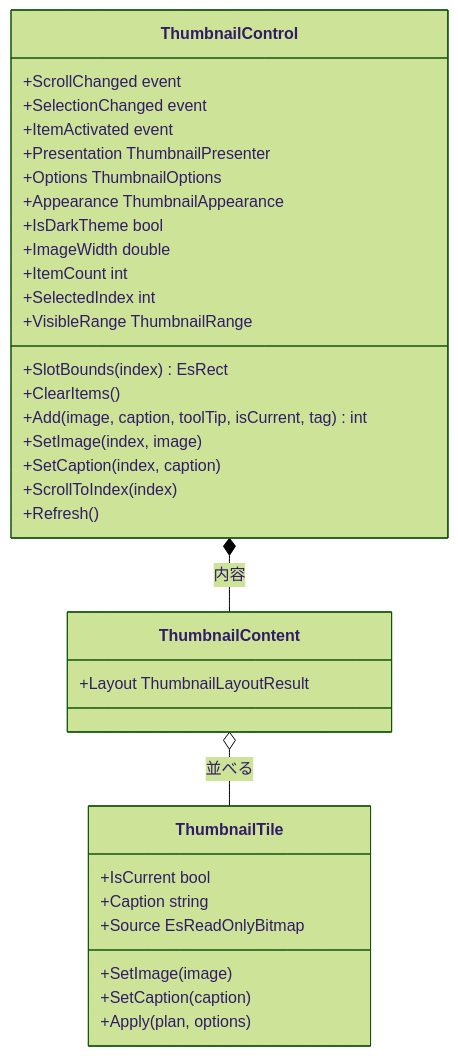
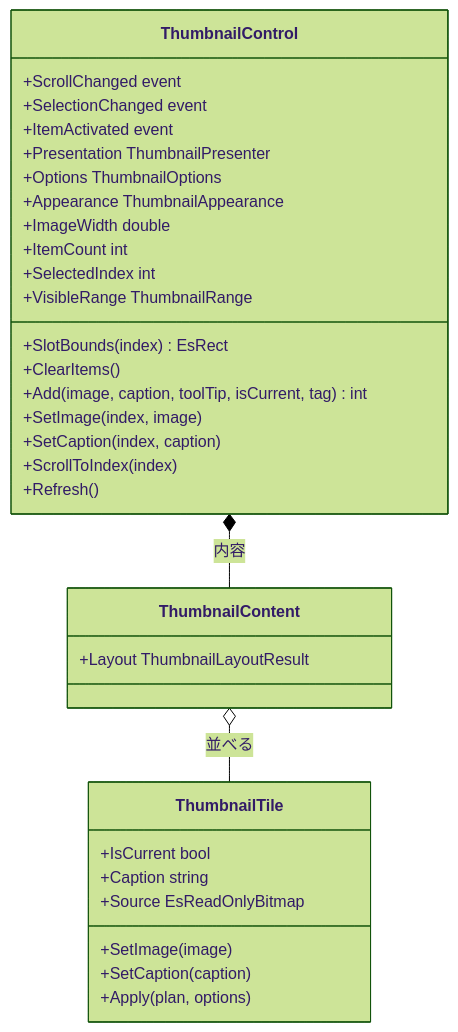
One commit to tomokuni/EsUtil changed the second of 3 diagrams in EsUtil.Ui.MewUI/Thumbnail/docs/SPEC_System.md. Above: the diagram before and after it, drawn with Mermaid (forest theme). The commit also changed 41 other files, not shown here.

````diff
--- a/EsUtil.Ui.MewUI/Thumbnail/docs/SPEC_System.md
+++ b/EsUtil.Ui.MewUI/Thumbnail/docs/SPEC_System.md
@@ -111,37 +111,36 @@
 ```mermaid
 classDiagram
     class ThumbnailControl {
         +ScrollChanged event
         +SelectionChanged event
         +ItemActivated event
         +Presentation ThumbnailPresenter
         +Options ThumbnailOptions
         +Appearance ThumbnailAppearance
-        +IsDarkTheme bool
         +ImageWidth double
         +ItemCount int
         +SelectedIndex int
         +VisibleRange ThumbnailRange
         +SlotBounds(index) EsRect
         +ClearItems()
         +Add(image, caption, toolTip, isCurrent, tag) int
         +SetImage(index, image)
         +SetCaption(index, caption)
         +ScrollToIndex(index)
         +Refresh()
     }
     class ThumbnailContent {
         +Layout ThumbnailLayoutResult
     }
     class ThumbnailTile {
         +IsCurrent bool
         +Caption string
         +Source EsReadOnlyBitmap
         +SetImage(image)
         +SetCaption(caption)
         +Apply(plan, options)
     }
 
     ThumbnailControl *-- ThumbnailContent : 内容
     ThumbnailContent o-- ThumbnailTile : 並べる
 ```
````
